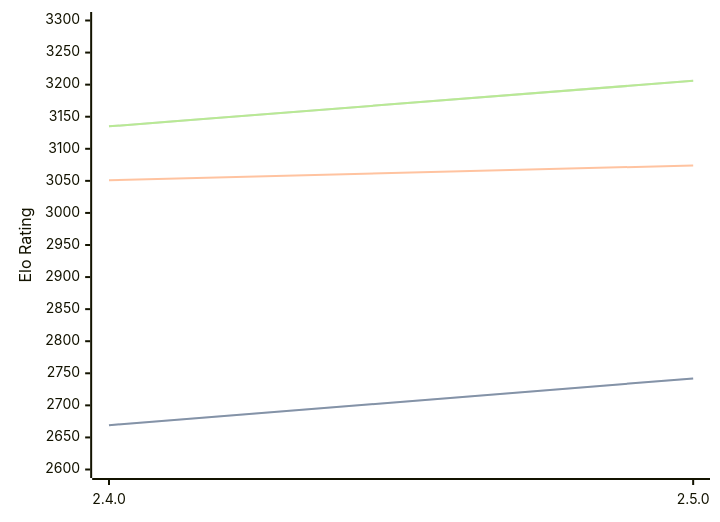
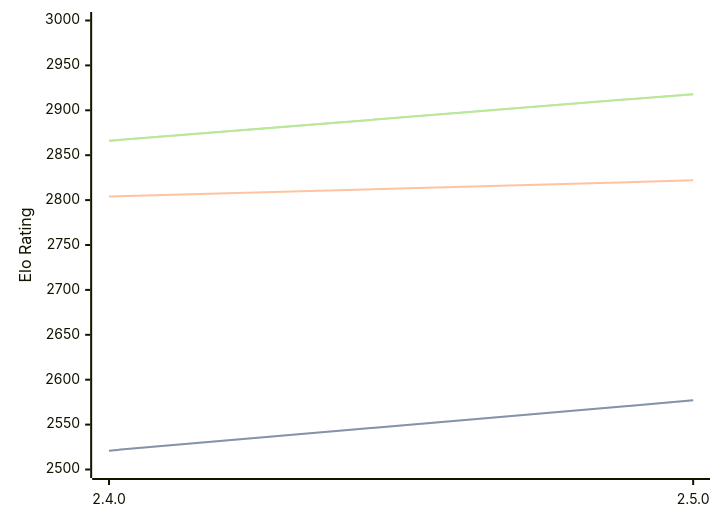
Before and after one commit to computer-chess-index/cci: the diagram in engines/Sturddle2.md, drawn with Mermaid. The commit also changed other lines of this file, not shown here.

Commit message:
Update CCI Ratings (ELO VLTC) - 2026-02-23

````diff
--- a/engines/Sturddle2.md
+++ b/engines/Sturddle2.md
@@ -34,11 +34,11 @@
 ```mermaid
 %%{init: {"theme":"base","themeVariables":{"seriesColors:['#a3a3a3','#222221','#faa371']}}}%%
 xychart-beta
   x-axis ["2.4.0", "2.5.0"]
-  y-axis "Elo Rating" 2600 --> 3300
-  line "STC (8.0+0.08s)" [2669, 2742]
-  line "STC (8.0+0.08s)" [2669, 2742]
-  line "LTC (60.0+0.60s)" [3051, 3074]
-  line "VLTC (2m24s+1.12s)" [3135, 3206]
-  line "VLTC (2m24s+1.12s)" [3135, 3206]
+  y-axis "Elo Rating" 2500 --> 3000
+  line "STC (8.0+0.08s)" [2521, 2577]
+  line "STC (8.0+0.08s)" [2521, 2577]
+  line "LTC (60.0+0.60s)" [2804, 2822]
+  line "VLTC (2m24s+1.12s)" [2866, 2918]
+  line "VLTC (2m24s+1.12s)" [2866, 2918]
 ```
````
